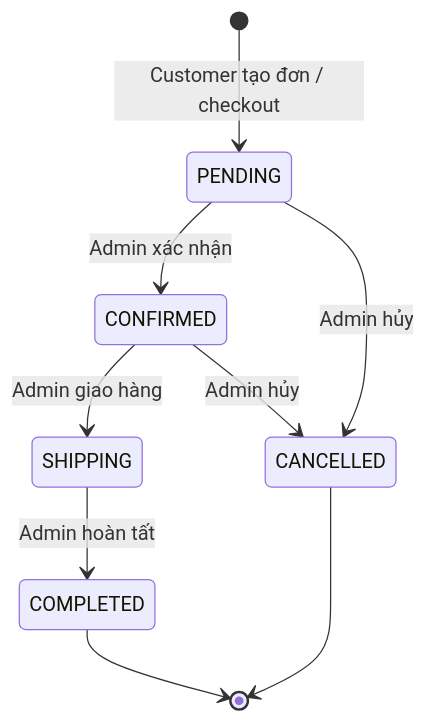
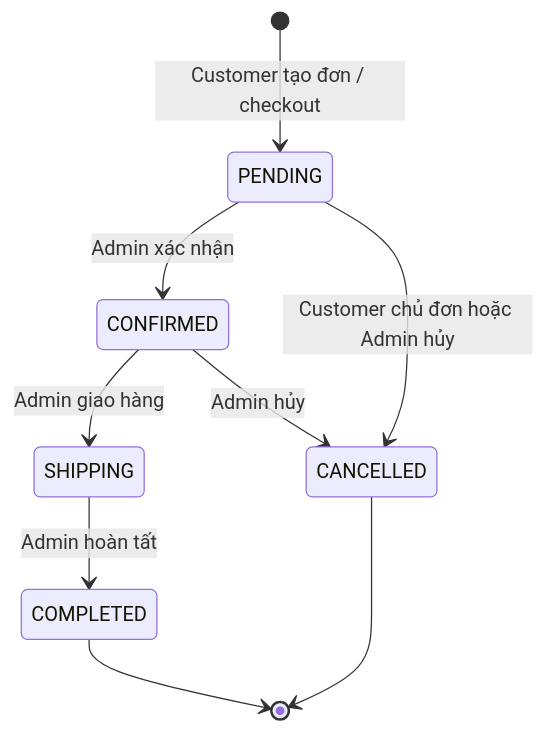
The second of 2 diagrams in docs/CORE_DESIGN.md (khoizz247/sales-service), drawn with Mermaid before and after one commit. The commit also changed other lines of this file and 18 other files, not shown here.

````diff
--- a/docs/CORE_DESIGN.md
+++ b/docs/CORE_DESIGN.md
@@ -67,11 +67,11 @@
 ```mermaid
 stateDiagram-v2
     [*] --> PENDING: Customer tạo đơn / checkout
     PENDING --> CONFIRMED: Admin xác nhận
-    PENDING --> CANCELLED: Admin hủy
+    PENDING --> CANCELLED: Customer chủ đơn hoặc Admin hủy
     CONFIRMED --> SHIPPING: Admin giao hàng
     CONFIRMED --> CANCELLED: Admin hủy
     SHIPPING --> COMPLETED: Admin hoàn tất
     COMPLETED --> [*]
     CANCELLED --> [*]
 ```
````
